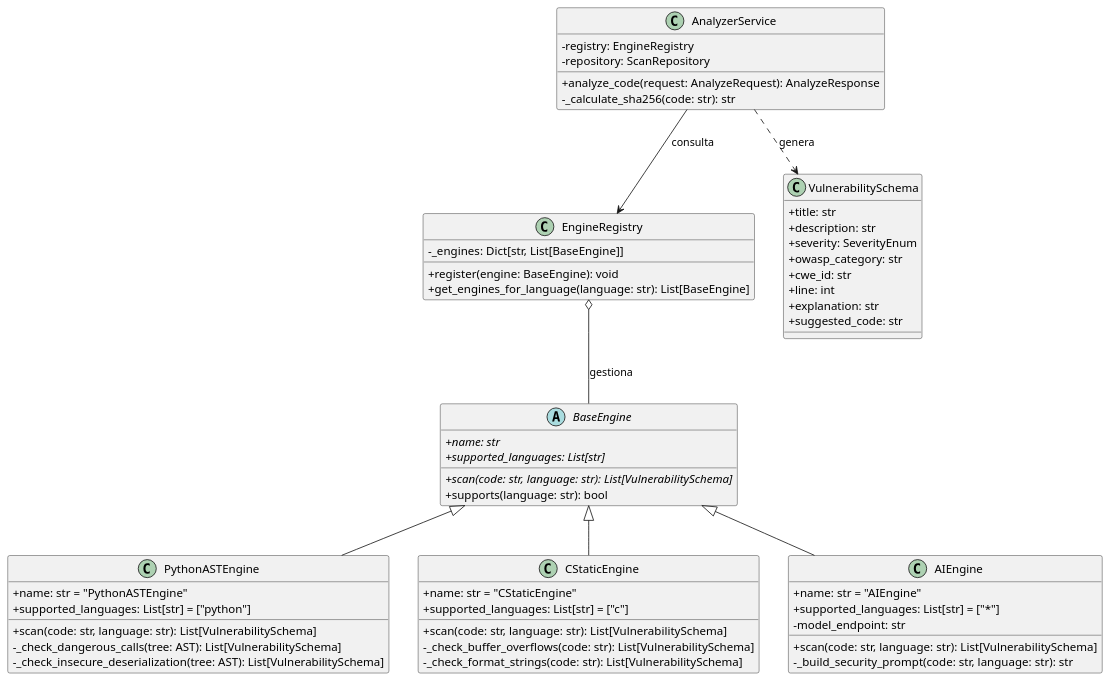
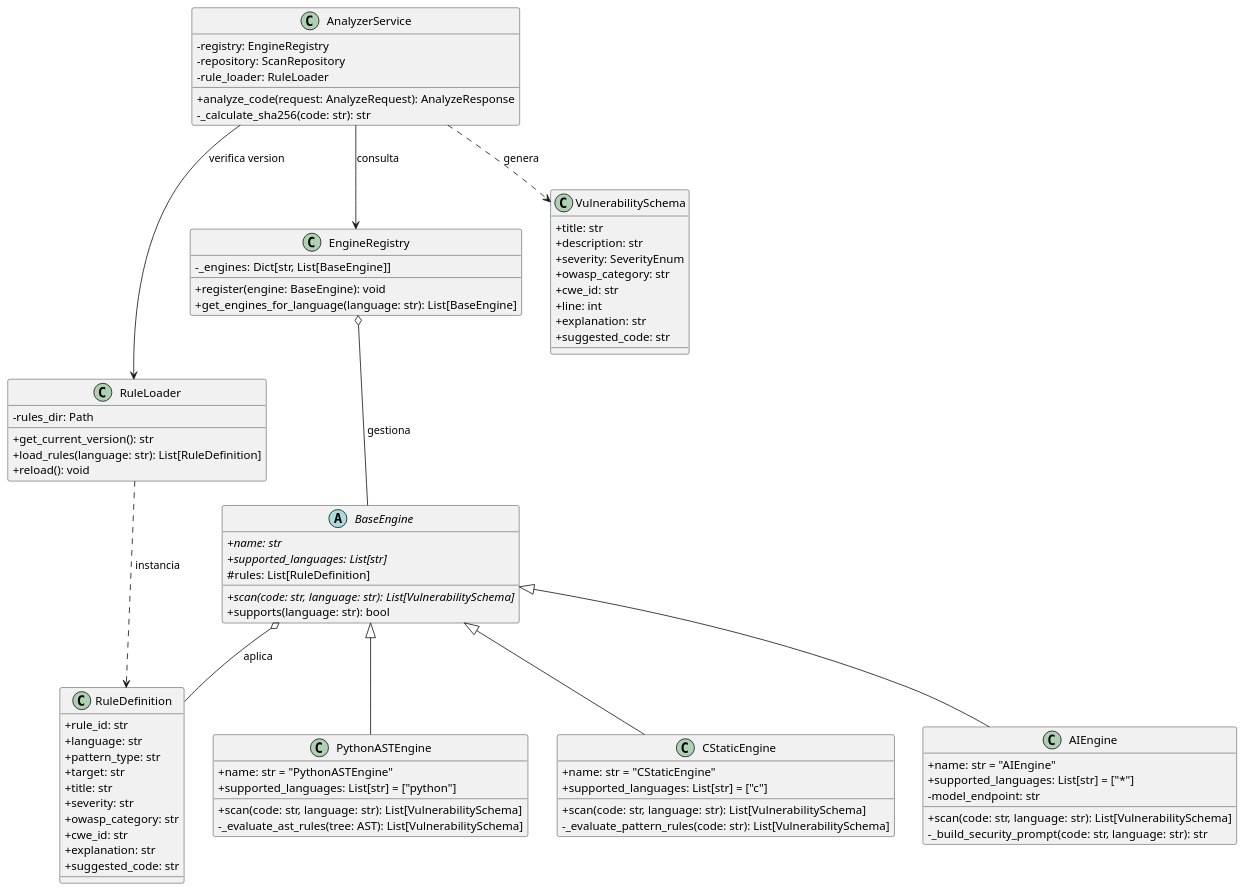
One commit to EVerjanoPerez/tfg-devsecops-analyzer changed the diagram in Documentos/Diagramas/diagrama_clases/diagrama_clases.puml. Above: the diagram before and after it, drawn with PlantUML. The commit also changed 29 other files, not shown here.

```diff
--- a/Documentos/Diagramas/diagrama_clases/diagrama_clases.puml
+++ b/Documentos/Diagramas/diagrama_clases/diagrama_clases.puml
@@ -1,67 +1,90 @@
 @startuml
 skinparam classAttributeIconSize 0
 skinparam shadowing false
 
+class RuleLoader {
+  - rules_dir: Path
+  + get_current_version(): str
+  + load_rules(language: str): List[RuleDefinition]
+  + reload(): void
+}
+
+class RuleDefinition {
+  + rule_id: str
+  + language: str
+  + pattern_type: str
+  + target: str
+  + title: str
+  + severity: str
+  + owasp_category: str
+  + cwe_id: str
+  + explanation: str
+  + suggested_code: str
+}
+
 abstract class BaseEngine {
   + {abstract} name: str
   + {abstract} supported_languages: List[str]
+  # rules: List[RuleDefinition]
   + {abstract} scan(code: str, language: str): List[VulnerabilitySchema]
   + supports(language: str): bool
 }
 
 class PythonASTEngine {
   + name: str = "PythonASTEngine"
   + supported_languages: List[str] = ["python"]
   + scan(code: str, language: str): List[VulnerabilitySchema]
-  - _check_dangerous_calls(tree: AST): List[VulnerabilitySchema]
-  - _check_insecure_deserialization(tree: AST): List[VulnerabilitySchema]
+  - _evaluate_ast_rules(tree: AST): List[VulnerabilitySchema]
 }
 
 class CStaticEngine {
   + name: str = "CStaticEngine"
   + supported_languages: List[str] = ["c"]
   + scan(code: str, language: str): List[VulnerabilitySchema]
-  - _check_buffer_overflows(code: str): List[VulnerabilitySchema]
-  - _check_format_strings(code: str): List[VulnerabilitySchema]
+  - _evaluate_pattern_rules(code: str): List[VulnerabilitySchema]
 }
 
 class AIEngine {
   + name: str = "AIEngine"
   + supported_languages: List[str] = ["*"]
   - model_endpoint: str
   + scan(code: str, language: str): List[VulnerabilitySchema]
   - _build_security_prompt(code: str, language: str): str
 }
 
 class EngineRegistry {
   - _engines: Dict[str, List[BaseEngine]]
   + register(engine: BaseEngine): void
   + get_engines_for_language(language: str): List[BaseEngine]
 }
 
 class AnalyzerService {
   - registry: EngineRegistry
   - repository: ScanRepository
+  - rule_loader: RuleLoader
   + analyze_code(request: AnalyzeRequest): AnalyzeResponse
   - _calculate_sha256(code: str): str
 }
 
 class VulnerabilitySchema {
   + title: str
   + description: str
   + severity: SeverityEnum
   + owasp_category: str
   + cwe_id: str
   + line: int
   + explanation: str
   + suggested_code: str
 }
 
 BaseEngine <|-- PythonASTEngine
 BaseEngine <|-- CStaticEngine
 BaseEngine <|-- AIEngine
 
+BaseEngine o-- RuleDefinition : aplica
+RuleLoader ..> RuleDefinition : instancia
 EngineRegistry o-- BaseEngine : gestiona
 AnalyzerService --> EngineRegistry : consulta
+AnalyzerService --> RuleLoader : verifica version
 AnalyzerService ..> VulnerabilitySchema : genera
 @enduml
```
